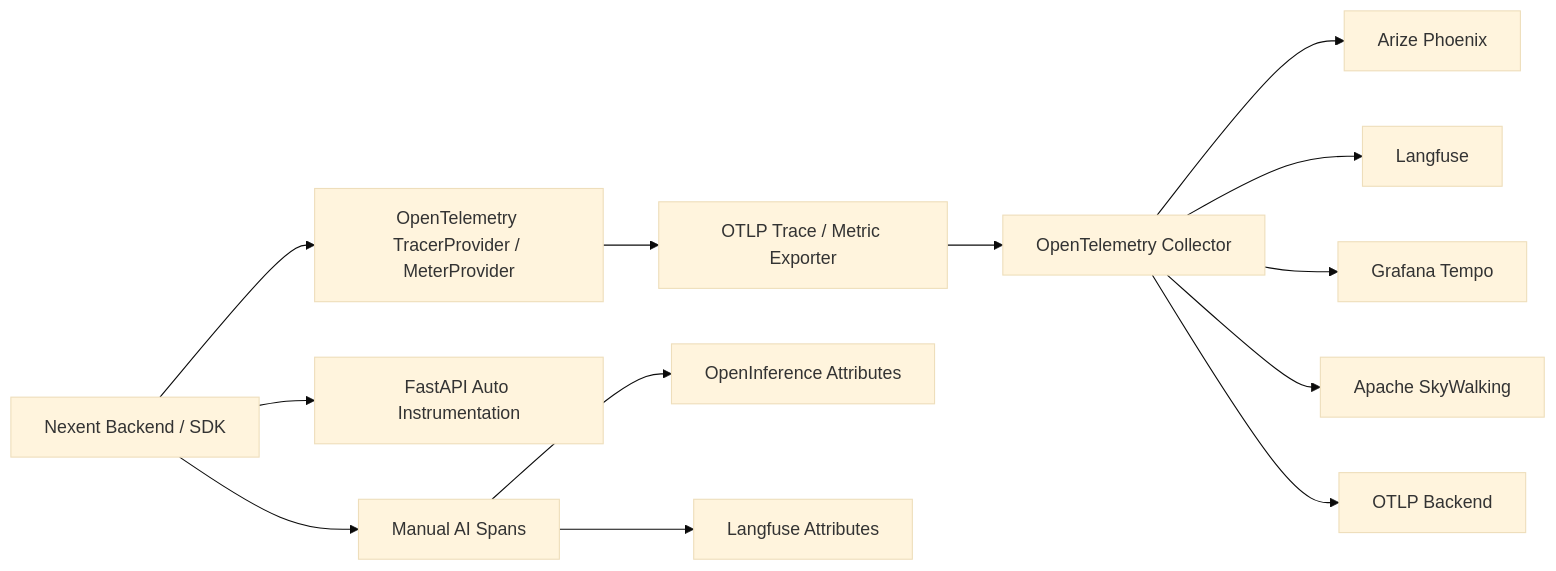
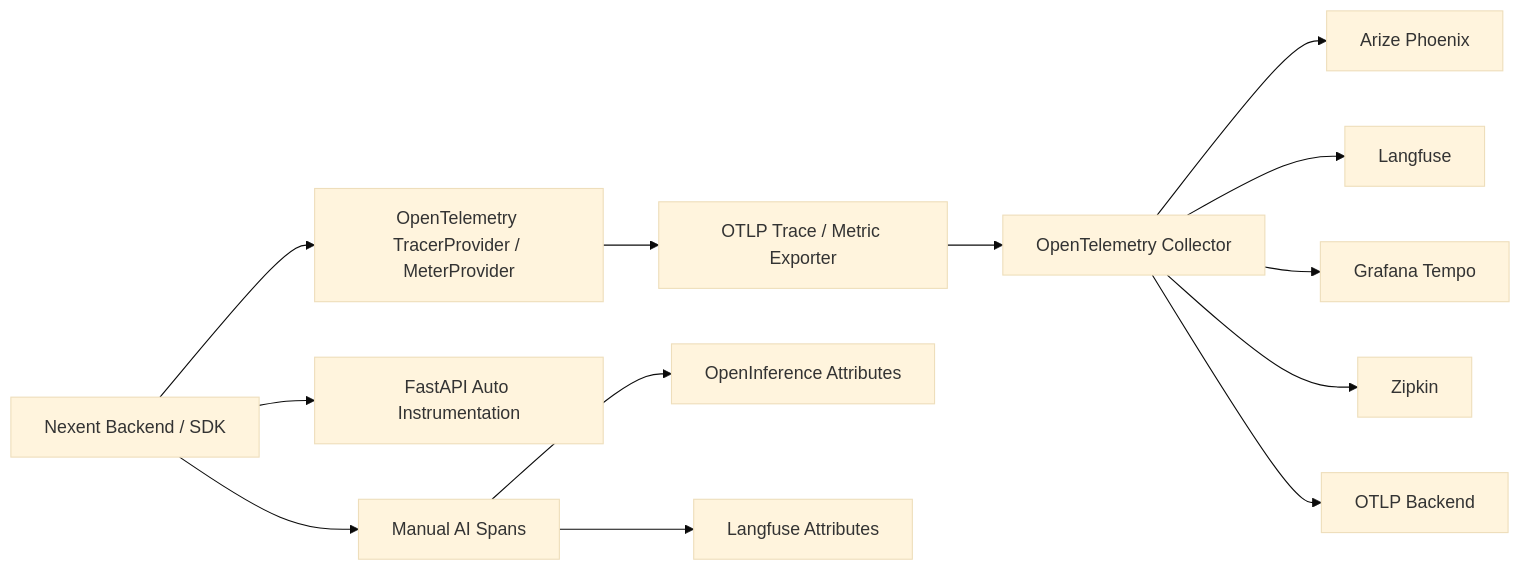
Before and after one commit to ModelEngine-Group/nexent: the first of 3 diagrams in doc/docs/zh/sdk/opentelemetry-design.md, drawn with Mermaid (base theme). The commit also changed other lines of this file and 19 other files, not shown here.

````diff
--- a/doc/docs/zh/sdk/opentelemetry-design.md
+++ b/doc/docs/zh/sdk/opentelemetry-design.md
@@ -169,16 +169,16 @@
 ```mermaid
 flowchart LR
   Backend[Nexent Backend / SDK] --> OTel[OpenTelemetry TracerProvider / MeterProvider]
   OTel --> Exporter[OTLP Trace / Metric Exporter]
   Exporter --> Collector[OpenTelemetry Collector]
   Collector --> Phoenix[Arize Phoenix]
   Collector --> Langfuse[Langfuse]
   Collector --> Tempo[Grafana Tempo]
-  Collector --> SkyWalking[Apache SkyWalking]
+  Collector --> Zipkin[Zipkin]
   Collector --> Other[OTLP Backend]
 
   Backend --> FastAPI[FastAPI Auto Instrumentation]
   Backend --> Manual[Manual AI Spans]
   Manual --> OI[OpenInference Attributes]
   Manual --> LF[Langfuse Attributes]
 ```
````
